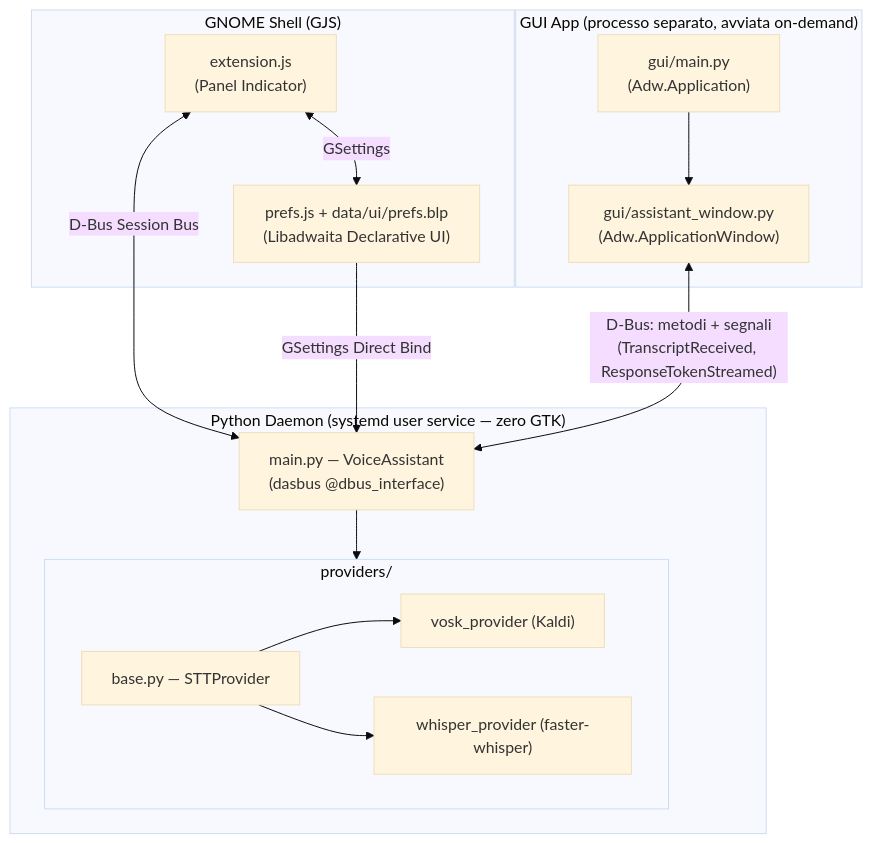
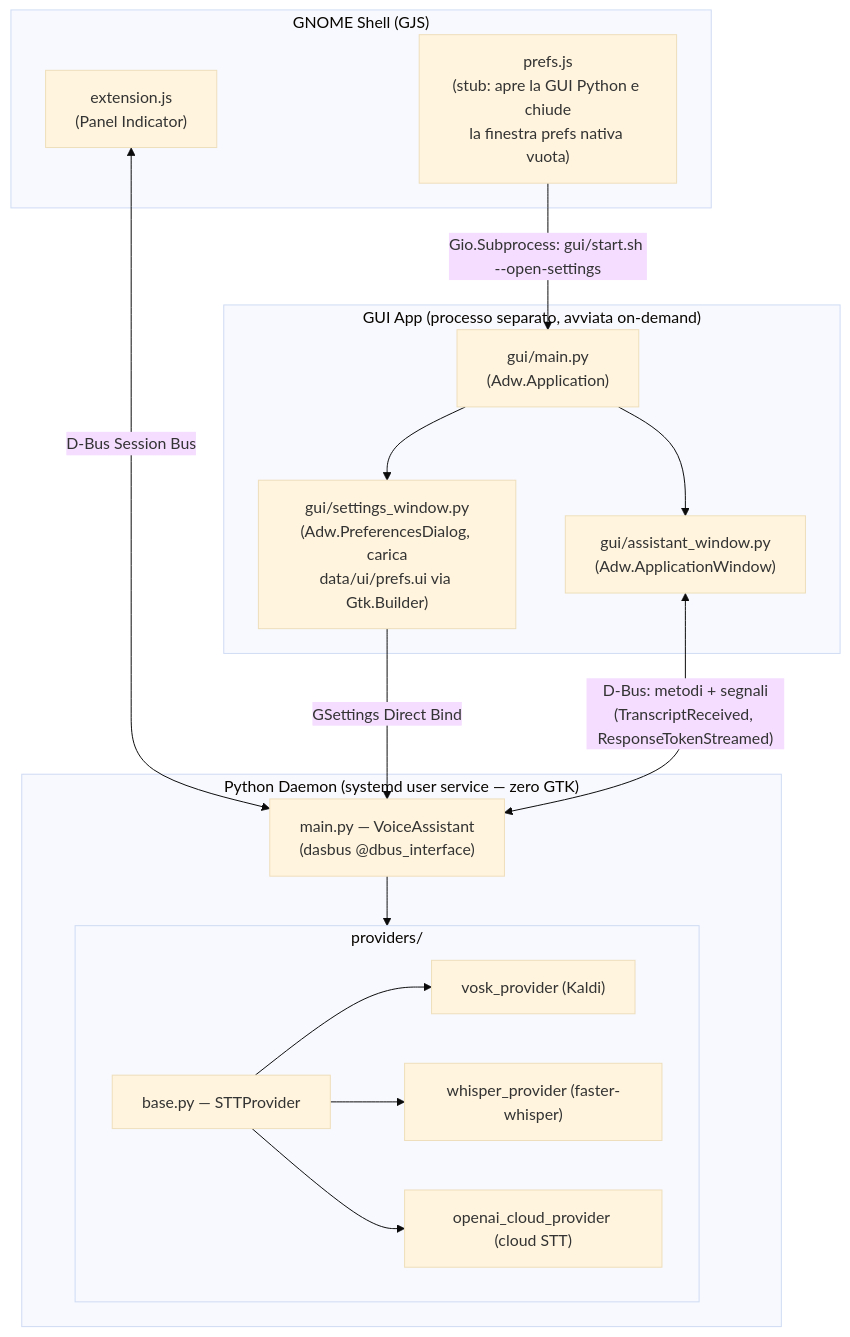
Before and after one commit to Scroker/voice-assistant: the first of 4 diagrams in docs/architecture.md, drawn with Mermaid (base theme). The commit also changed other lines of this file and 167 other files, not shown here.

````diff
--- a/docs/architecture.md
+++ b/docs/architecture.md
@@ -9,30 +9,34 @@
 ```mermaid
 graph TD
     subgraph GNOME_Shell ["GNOME Shell (GJS)"]
         ext["extension.js<br/>(Panel Indicator)"]
-        prefs["prefs.js + data/ui/prefs.blp<br/>(Libadwaita Declarative UI)"]
-        ext <-->|GSettings| prefs
+        prefsjs["prefs.js<br/>(stub: apre la GUI Python e chiude<br/>la finestra prefs nativa vuota)"]
     end
 
     subgraph Python_Daemon ["Python Daemon (systemd user service — zero GTK)"]
         main["main.py — VoiceAssistant<br/>(dasbus @dbus_interface)"]
         subgraph Providers ["providers/"]
             base["base.py — STTProvider"]
             vosk["vosk_provider (Kaldi)"]
             whisper["whisper_provider (faster-whisper)"]
+            cloud["openai_cloud_provider (cloud STT)"]
             base --> vosk
             base --> whisper
+            base --> cloud
         end
         main --> Providers
     end
 
     subgraph GUI_App ["GUI App (processo separato, avviata on-demand)"]
         gui["gui/main.py<br/>(Adw.Application)"]
         win["gui/assistant_window.py<br/>(Adw.ApplicationWindow)"]
+        settingswin["gui/settings_window.py<br/>(Adw.PreferencesDialog, carica<br/>data/ui/prefs.ui via Gtk.Builder)"]
         gui --> win
+        gui --> settingswin
     end
 
     ext <-->|D-Bus Session Bus| main
-    prefs -->|GSettings Direct Bind| main
+    prefsjs -->|"Gio.Subprocess: gui/start.sh --open-settings"| gui
+    settingswin -->|GSettings Direct Bind| main
     win <-->|"D-Bus: metodi + segnali<br/>(TranscriptReceived, ResponseTokenStreamed)"| main
 ```
````
